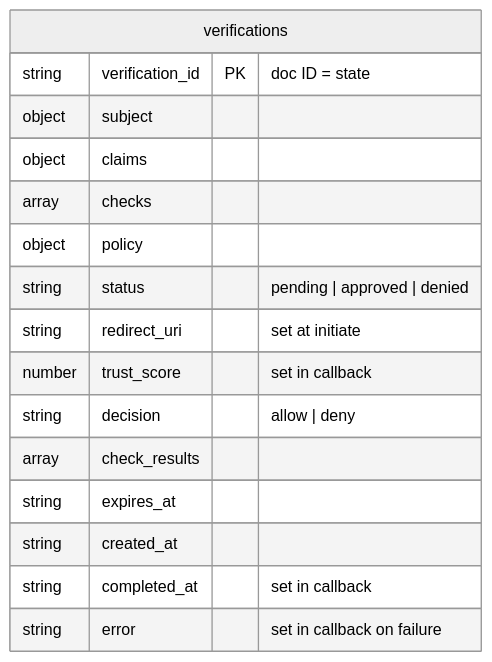
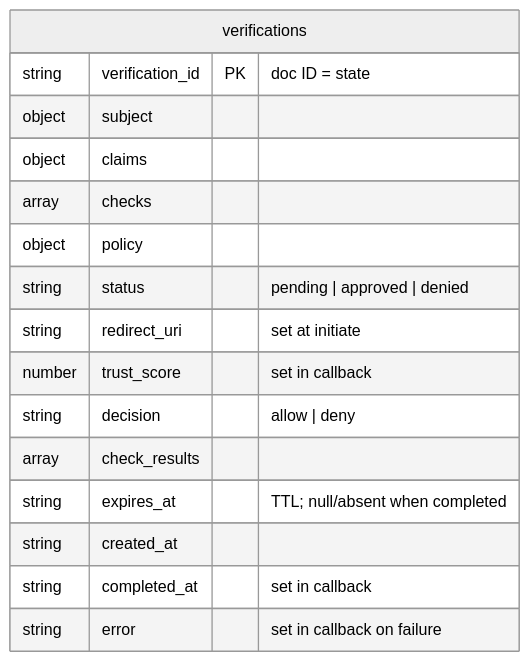
The third of 4 diagrams in docs/ARCHITECTURE.md (rtewierik/trustgate), drawn with Mermaid (neutral theme) before and after one commit. The commit also changed other lines of this file and 8 other files, not shown here.

````diff
--- a/docs/ARCHITECTURE.md
+++ b/docs/ARCHITECTURE.md
@@ -92,19 +92,19 @@
 ```mermaid
 erDiagram
   verifications {
     string verification_id PK "doc ID = state"
     object subject
     object claims
     array checks
     object policy
     string status "pending | approved | denied"
     string redirect_uri "set at initiate"
     number trust_score "set in callback"
     string decision "allow | deny"
     array check_results
-    string expires_at
+    string expires_at "TTL; null/absent when completed"
     string created_at
     string completed_at "set in callback"
     string error "set in callback on failure"
   }
 ```
````
